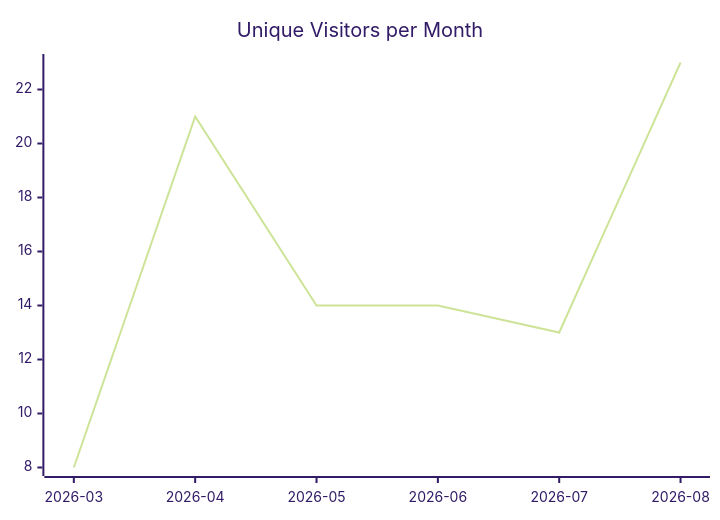
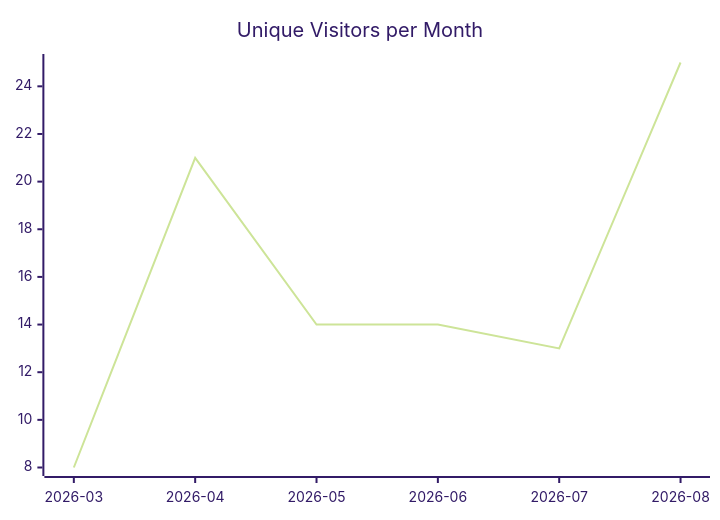
Before and after one commit to justdavis-family/github-analytics-data: the first of 3 diagrams in karlmdavis/ksoap2-android/README.md, drawn with Mermaid (forest theme). The commit also changed other lines of this file and 190 other files, not shown here.

````diff
--- a/karlmdavis/ksoap2-android/README.md
+++ b/karlmdavis/ksoap2-android/README.md
@@ -5,6 +5,6 @@
 ```mermaid
 xychart-beta
   title "Unique Visitors per Month"
   x-axis ["2026-03", "2026-04", "2026-05", "2026-06", "2026-07", "2026-08"]
-  line [8, 21, 14, 14, 13, 23]
+  line [8, 21, 14, 14, 13, 25]
 ```
````
